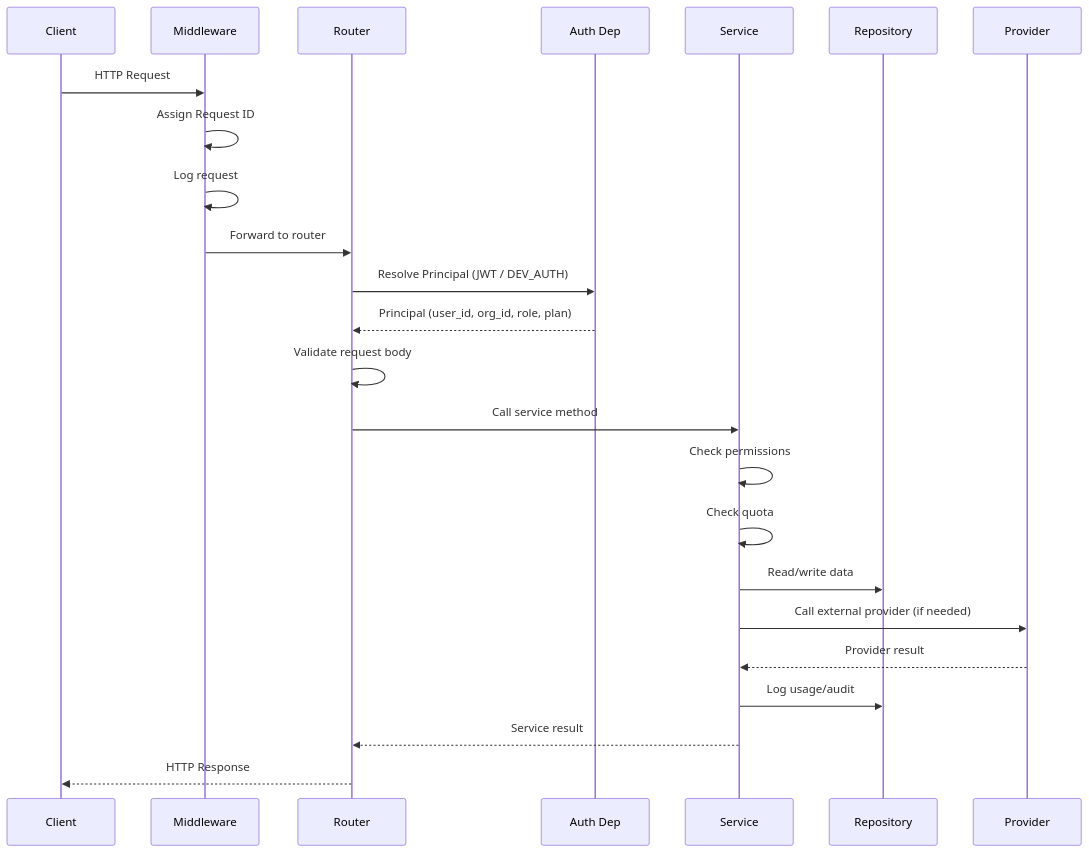
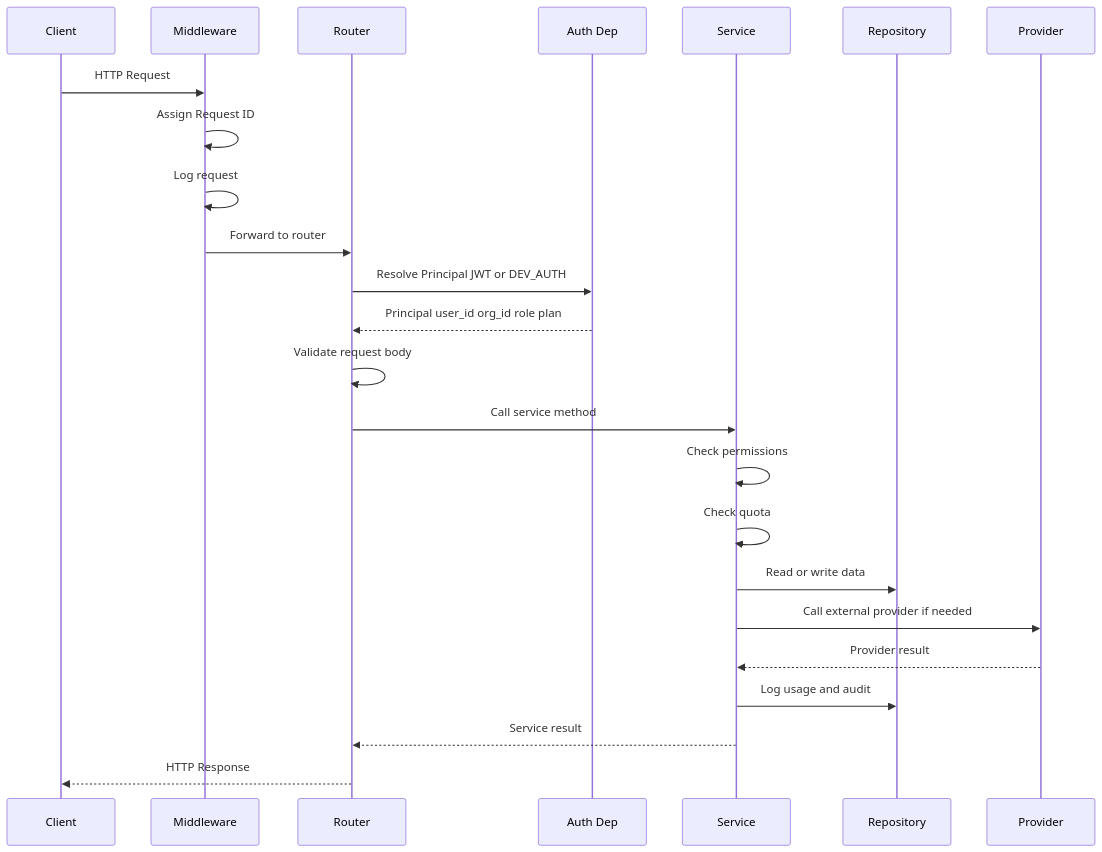
The second of 7 diagrams in docs/architecture.md (Fejjii/OnePilot-AI), drawn with Mermaid before and after one commit. The commit also changed other lines of this file and 100 other files, not shown here.

````diff
--- a/docs/architecture.md
+++ b/docs/architecture.md
@@ -51,27 +67,27 @@
 ```mermaid
 sequenceDiagram
     participant C as Client
     participant M as Middleware
     participant R as Router
     participant A as Auth Dep
     participant S as Service
     participant DB as Repository
     participant P as Provider
 
     C->>M: HTTP Request
     M->>M: Assign Request ID
     M->>M: Log request
     M->>R: Forward to router
-    R->>A: Resolve Principal (JWT / DEV_AUTH)
-    A-->>R: Principal (user_id, org_id, role, plan)
+    R->>A: Resolve Principal JWT or DEV_AUTH
+    A-->>R: Principal user_id org_id role plan
     R->>R: Validate request body
     R->>S: Call service method
     S->>S: Check permissions
     S->>S: Check quota
-    S->>DB: Read/write data
-    S->>P: Call external provider (if needed)
+    S->>DB: Read or write data
+    S->>P: Call external provider if needed
     P-->>S: Provider result
-    S->>DB: Log usage/audit
+    S->>DB: Log usage and audit
     S-->>R: Service result
     R-->>C: HTTP Response
 ```
````
